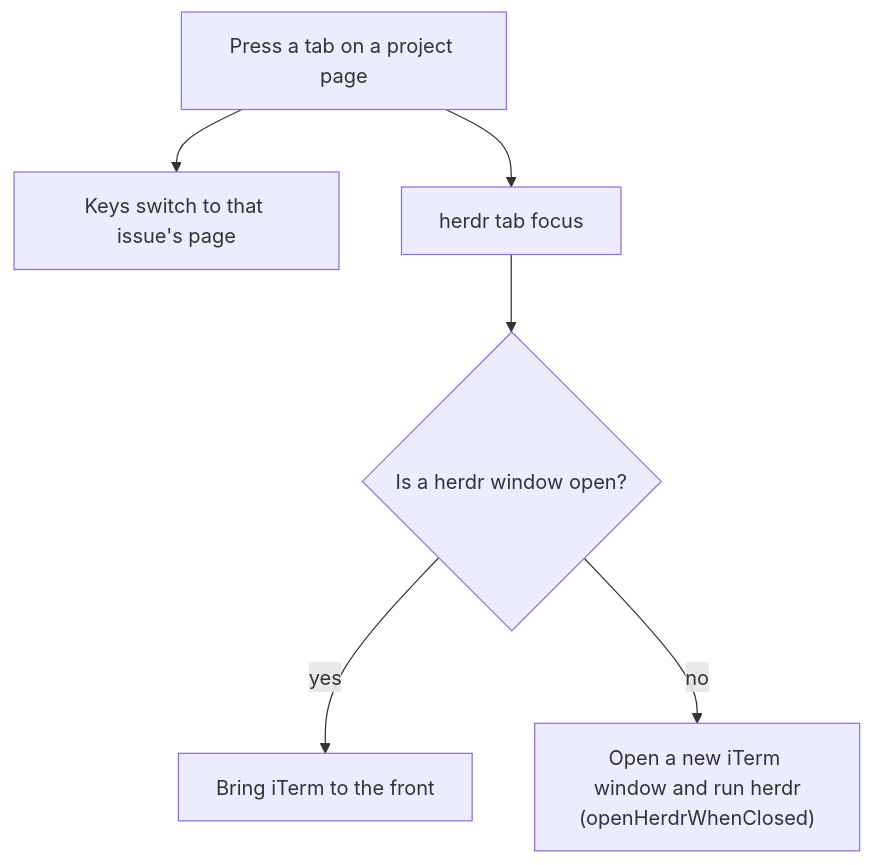
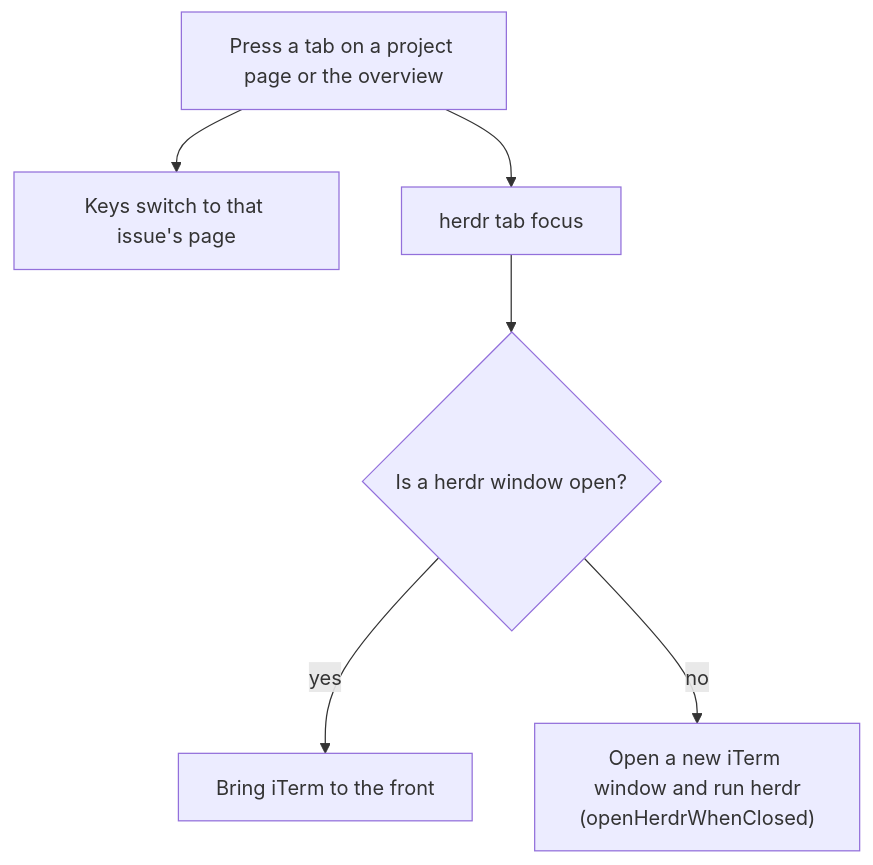
The third of 6 diagrams in docs/flows.md (PieterLuypaert/helm), drawn with Mermaid before and after one commit. The commit also changed other lines of this file and 5 other files, not shown here.

Commit message:
docs: say each part of the flow once, with one navigation diagram

````diff
--- a/docs/flows.md
+++ b/docs/flows.md
@@ -91,8 +98,8 @@
 ```mermaid
 flowchart TD
-    press["Press a tab on a project page"] --> keys["Keys switch to that issue's page"]
+    press["Press a tab on a project page or the overview"] --> keys["Keys switch to that issue's page"]
     press --> focus["herdr tab focus"]
     focus --> window{"Is a herdr window open?"}
     window -->|yes| front["Bring iTerm to the front"]
     window -->|no| open["Open a new iTerm window and run herdr<br/>(openHerdrWhenClosed)"]
 ```
````
